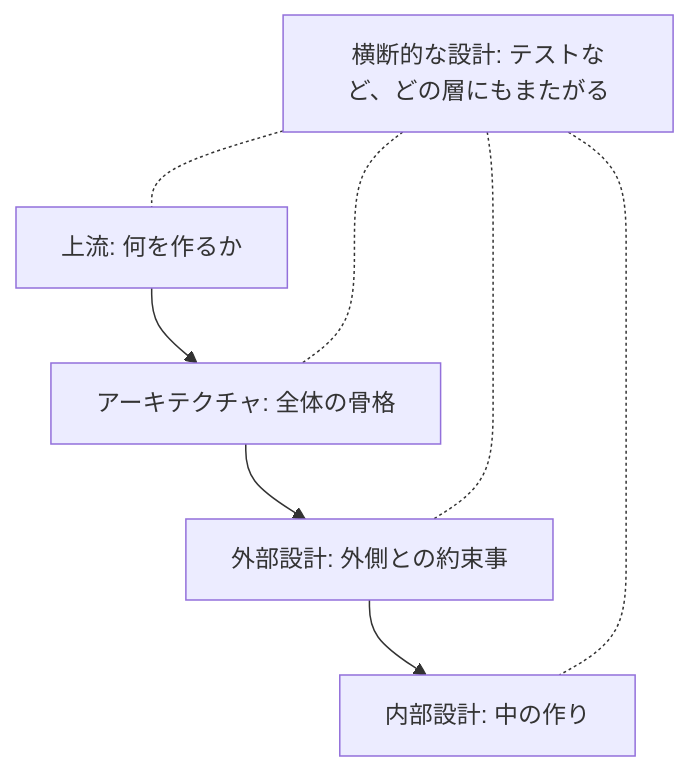
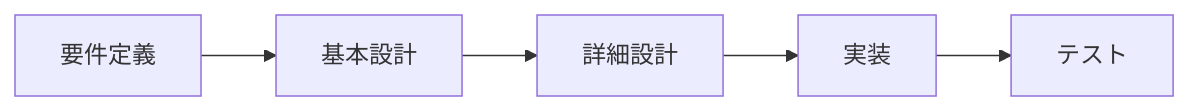
The diagram in curriculums/tutorial-13: システム設計を学ぼう📐/chapter-1: 設計の全体像/13-1-2_設計の地図.md (coachtech-material/pj-ct-newtext), drawn with Mermaid before and after one commit. The commit also changed other lines of this file, not shown here.

First line of the commit message:
13-1-2: 標準工程（基本設計・詳細設計）主体の構成へ全面改稿

````diff
--- a/curriculums/tutorial-13: システム設計を学ぼう📐/chapter-1: 設計の全体像/13-1-2_設計の地図.md
+++ b/curriculums/tutorial-13: システム設計を学ぼう📐/chapter-1: 設計の全体像/13-1-2_設計の地図.md
@@ -45,11 +35,7 @@
 ```mermaid
-flowchart TB
-    up["上流: 何を作るか"] --> arch["アーキテクチャ: 全体の骨格"]
-    arch --> ext["外部設計: 外側との約束事"]
-    ext --> inn["内部設計: 中の作り"]
-    cross["横断的な設計: テストなど、どの層にもまたがる"]
-    cross -.- up
-    cross -.- arch
-    cross -.- ext
-    cross -.- inn
+flowchart LR
+    req["要件定義"] --> basic["基本設計"]
+    basic --> detail["詳細設計"]
+    detail --> impl["実装"]
+    impl --> test["テスト"]
 ```
````
